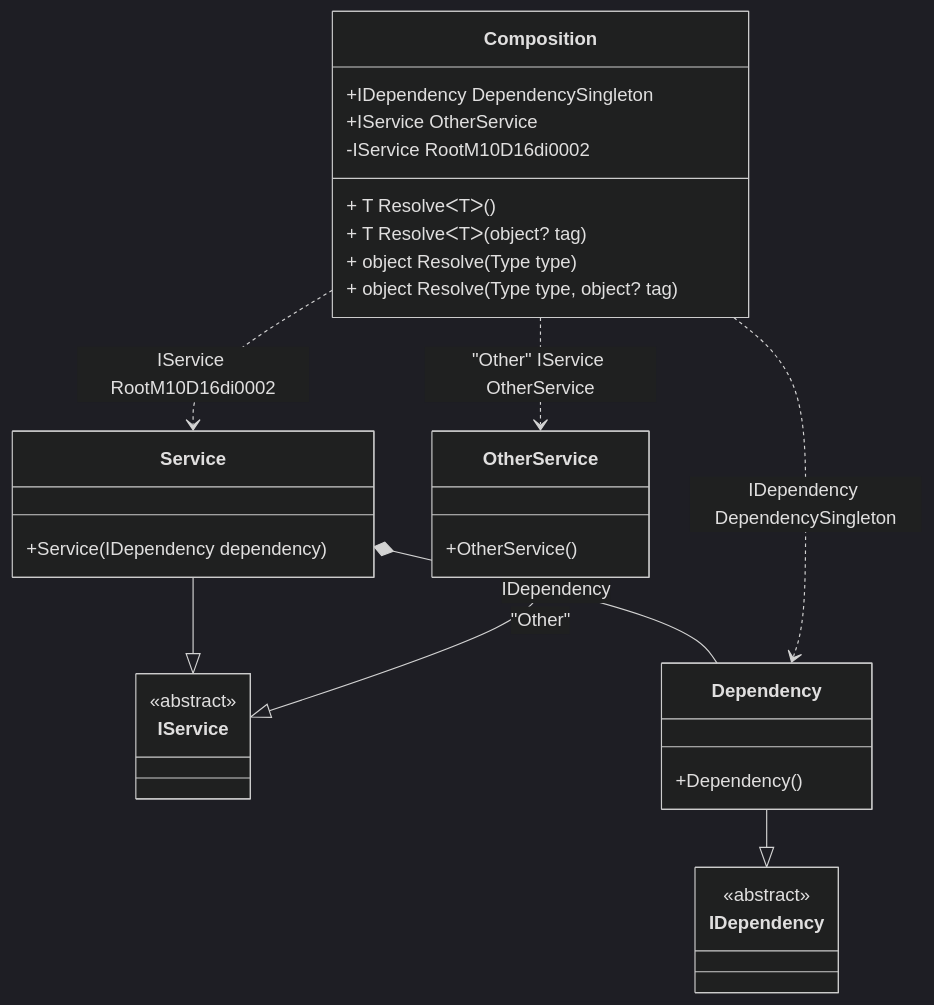
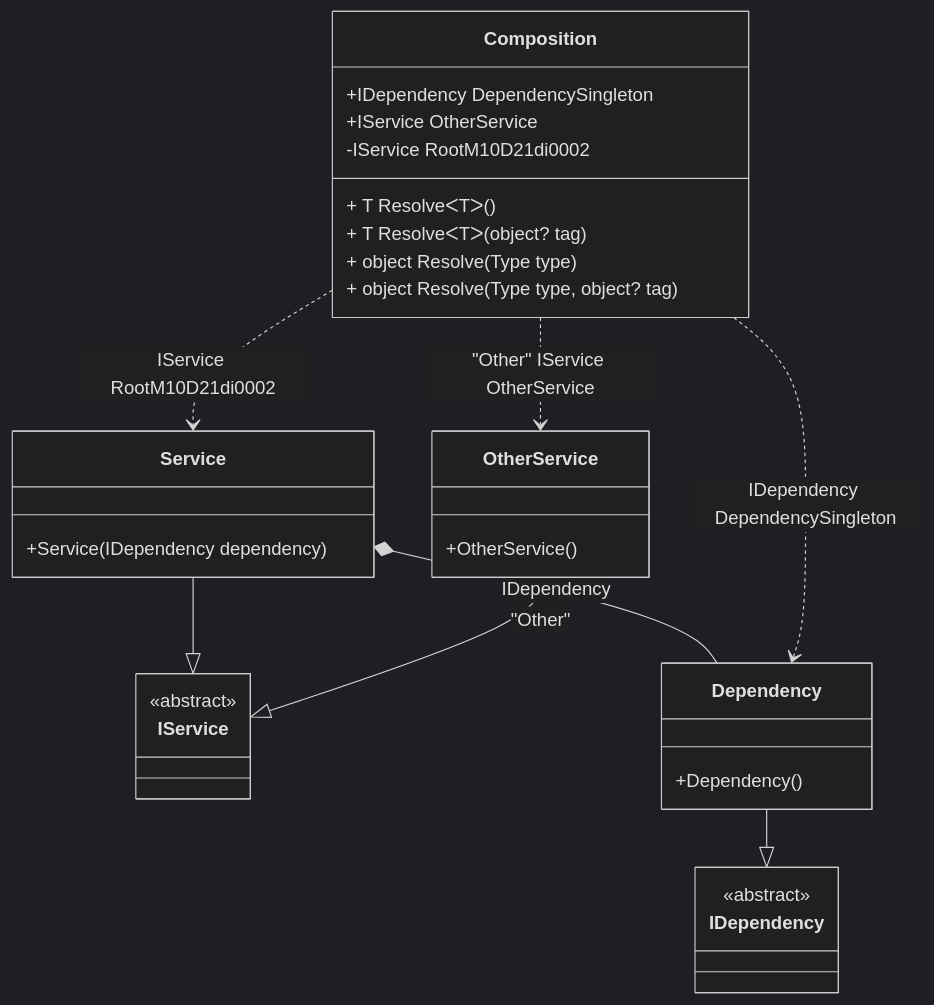
One commit to DevTeam/Pure.DI changed the diagram in readme/resolve-methods.md. Above: the diagram before and after it, drawn with Mermaid (dark theme). The commit also changed other lines of this file and 67 other files, not shown here.

````diff
--- a/readme/resolve-methods.md
+++ b/readme/resolve-methods.md
@@ -47,34 +47,34 @@
 ```mermaid
 classDiagram
   class Composition {
     +IDependency DependencySingleton
     +IService OtherService
-    -IService RootM10D16di0002
+    -IService RootM10D21di0002
     + T ResolveᐸTᐳ()
     + T ResolveᐸTᐳ(object? tag)
     + object Resolve(Type type)
     + object Resolve(Type type, object? tag)
   }
   Service --|> IService : 
   class Service {
     +Service(IDependency dependency)
   }
   Dependency --|> IDependency : 
   class Dependency {
     +Dependency()
   }
   OtherService --|> IService : "Other" 
   class OtherService {
     +OtherService()
   }
   class IService {
     <<abstract>>
   }
   class IDependency {
     <<abstract>>
   }
   Service *--  Dependency : IDependency
   Composition ..> Dependency : IDependency DependencySingleton
-  Composition ..> Service : IService RootM10D16di0002
+  Composition ..> Service : IService RootM10D21di0002
   Composition ..> OtherService : "Other" IService OtherService
 ```
````
